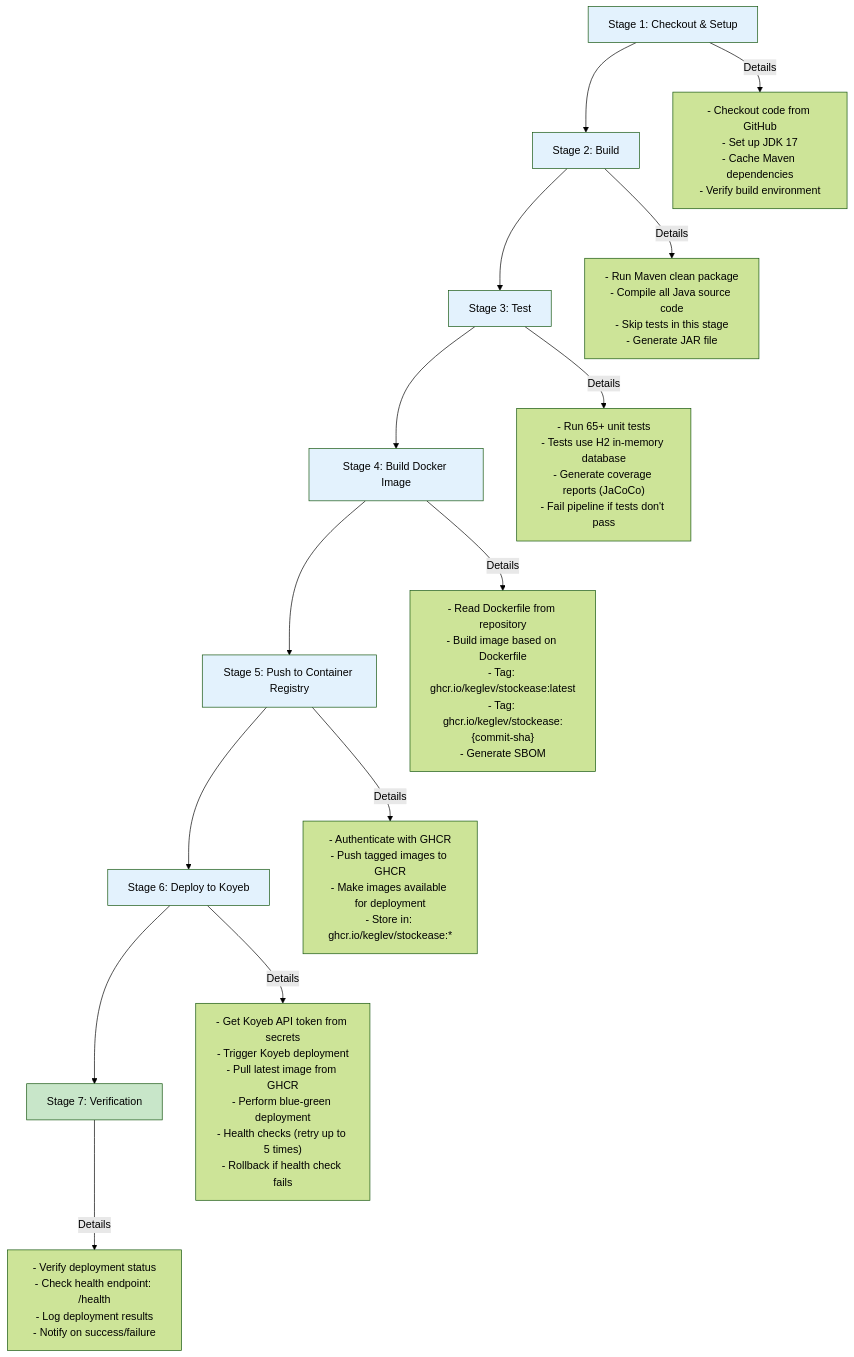
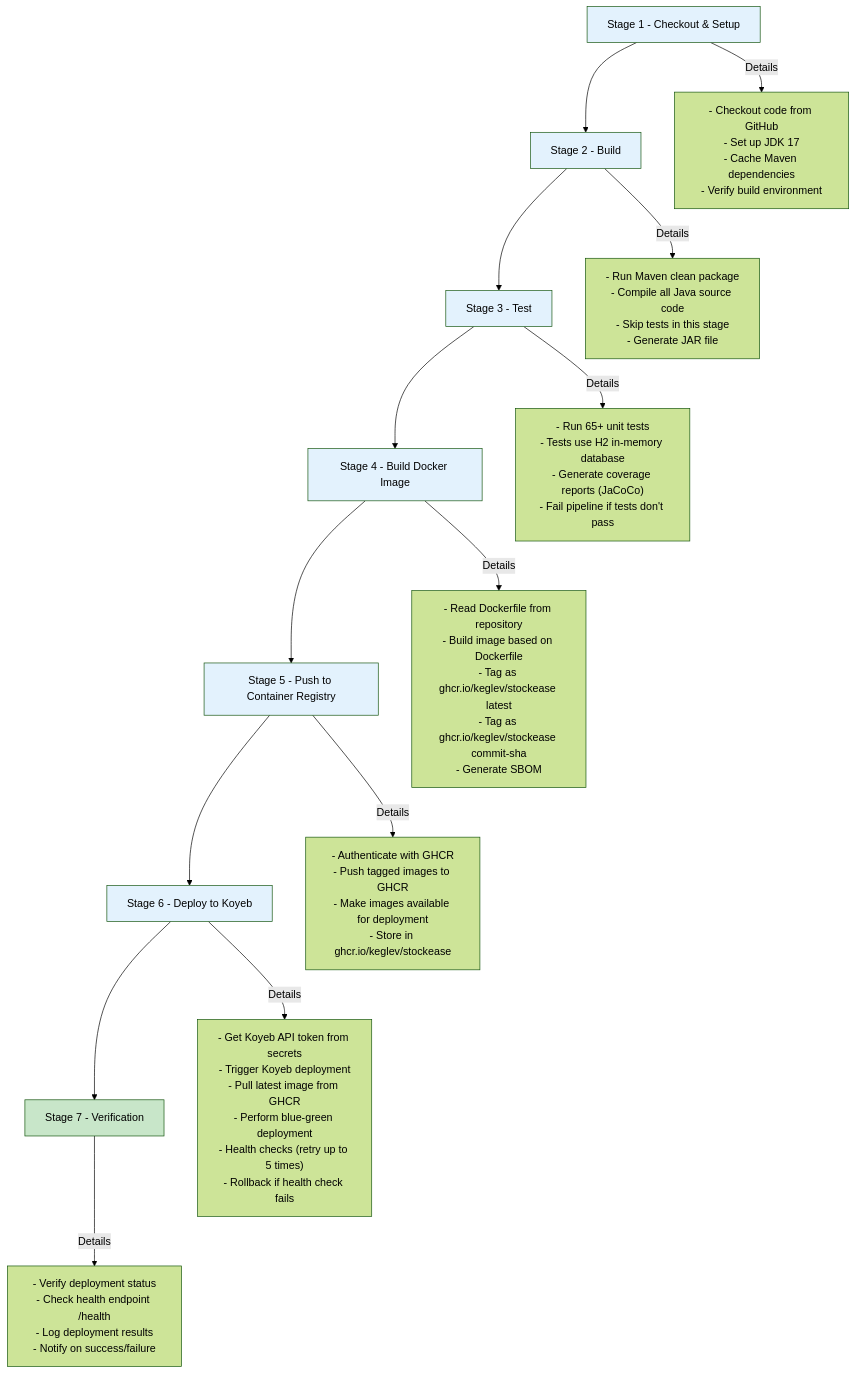
One commit to Keglev/stockease changed the second of 6 diagrams in docs/architecture/deployment.md. Above: the diagram before and after it, drawn with Mermaid (forest theme). The commit also changed other lines of this file and 8 other files, not shown here.

Commit message:
fix: Remove colons from mermaid node labels to fix rendering errors

````diff
--- a/docs/architecture/deployment.md
+++ b/docs/architecture/deployment.md
@@ -48,25 +48,25 @@
 ```mermaid
 graph TD
-    A[Stage 1: Checkout & Setup] --> B[Stage 2: Build]
-    B --> C[Stage 3: Test]
-    C --> D[Stage 4: Build Docker Image]
-    D --> E[Stage 5: Push to Container Registry]
-    E --> F[Stage 6: Deploy to Koyeb]
-    F --> G[Stage 7: Verification]
+    A[Stage 1 - Checkout & Setup] --> B[Stage 2 - Build]
+    B --> C[Stage 3 - Test]
+    C --> D[Stage 4 - Build Docker Image]
+    D --> E[Stage 5 - Push to Container Registry]
+    E --> F[Stage 6 - Deploy to Koyeb]
+    F --> G[Stage 7 - Verification]
     
     A -->|Details| A1["- Checkout code from GitHub<br/>- Set up JDK 17<br/>- Cache Maven dependencies<br/>- Verify build environment"]
     B -->|Details| B1["- Run Maven clean package<br/>- Compile all Java source code<br/>- Skip tests in this stage<br/>- Generate JAR file"]
     C -->|Details| C1["- Run 65+ unit tests<br/>- Tests use H2 in-memory database<br/>- Generate coverage reports (JaCoCo)<br/>- Fail pipeline if tests don't pass"]
-    D -->|Details| D1["- Read Dockerfile from repository<br/>- Build image based on Dockerfile<br/>- Tag: ghcr.io/keglev/stockease:latest<br/>- Tag: ghcr.io/keglev/stockease:{commit-sha}<br/>- Generate SBOM"]
-    E -->|Details| E1["- Authenticate with GHCR<br/>- Push tagged images to GHCR<br/>- Make images available for deployment<br/>- Store in: ghcr.io/keglev/stockease:*"]
+    D -->|Details| D1["- Read Dockerfile from repository<br/>- Build image based on Dockerfile<br/>- Tag as ghcr.io/keglev/stockease latest<br/>- Tag as ghcr.io/keglev/stockease commit-sha<br/>- Generate SBOM"]
+    E -->|Details| E1["- Authenticate with GHCR<br/>- Push tagged images to GHCR<br/>- Make images available for deployment<br/>- Store in ghcr.io/keglev/stockease"]
     F -->|Details| F1["- Get Koyeb API token from secrets<br/>- Trigger Koyeb deployment<br/>- Pull latest image from GHCR<br/>- Perform blue-green deployment<br/>- Health checks (retry up to 5 times)<br/>- Rollback if health check fails"]
-    G -->|Details| G1["- Verify deployment status<br/>- Check health endpoint: /health<br/>- Log deployment results<br/>- Notify on success/failure"]
+    G -->|Details| G1["- Verify deployment status<br/>- Check health endpoint /health<br/>- Log deployment results<br/>- Notify on success/failure"]
     
     style A fill:#e3f2fd
     style B fill:#e3f2fd
     style C fill:#e3f2fd
     style D fill:#e3f2fd
     style E fill:#e3f2fd
     style F fill:#e3f2fd
     style G fill:#c8e6c9
 ```
````
